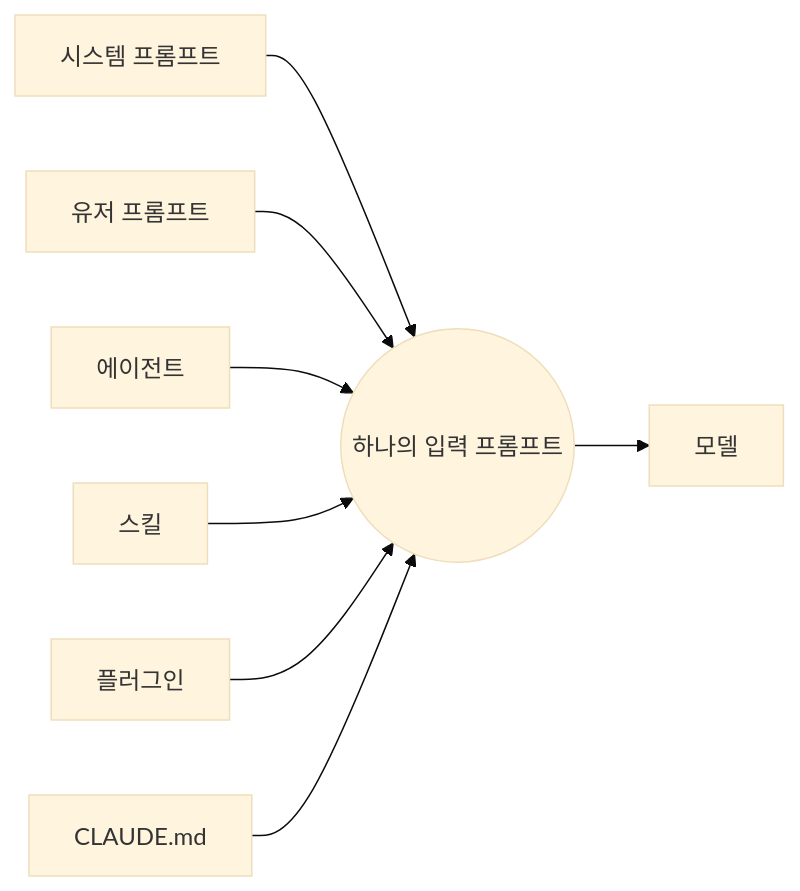
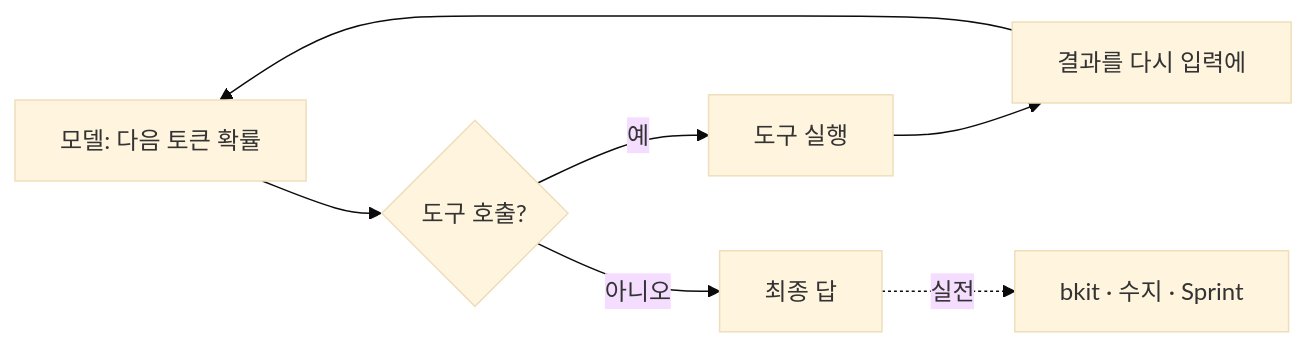
One commit to ww-w-ai/ax-lecture changed the second of 16 diagrams in 이미지-제작-가이드.md. Above: the diagram before and after it, drawn with Mermaid (base theme). The commit also changed other lines of this file and 316 other files, not shown here.

````diff
--- a/이미지-제작-가이드.md
+++ b/이미지-제작-가이드.md
@@ -108,10 +436,8 @@
 ```mermaid
 flowchart LR
-  S[시스템 프롬프트] --> P(("하나의 입력 프롬프트"))
-  U[유저 프롬프트] --> P
-  AG[에이전트] --> P
-  SK[스킬] --> P
-  PL[플러그인] --> P
-  CM[CLAUDE.md] --> P
-  P --> M[모델]
+  M[모델: 다음 토큰 확률] --> T{도구 호출?}
+  T -- 예 --> TOOL[도구 실행] --> R[결과를 다시 입력에]
+  R --> M
+  T -- 아니오 --> A[최종 답]
+  A -. 실전 .-> PARTS[bkit · 수지 · Sprint]
 ```
````
